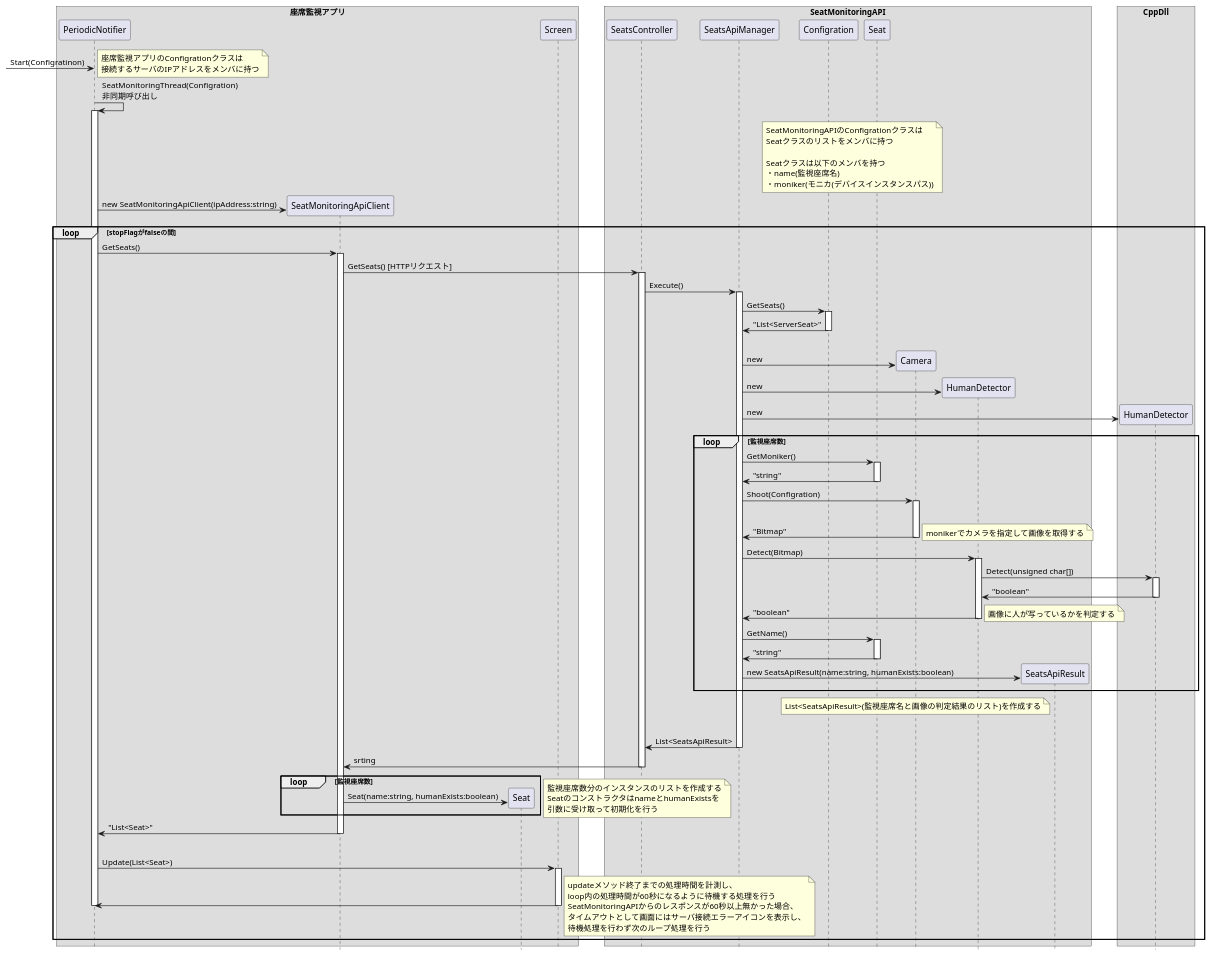
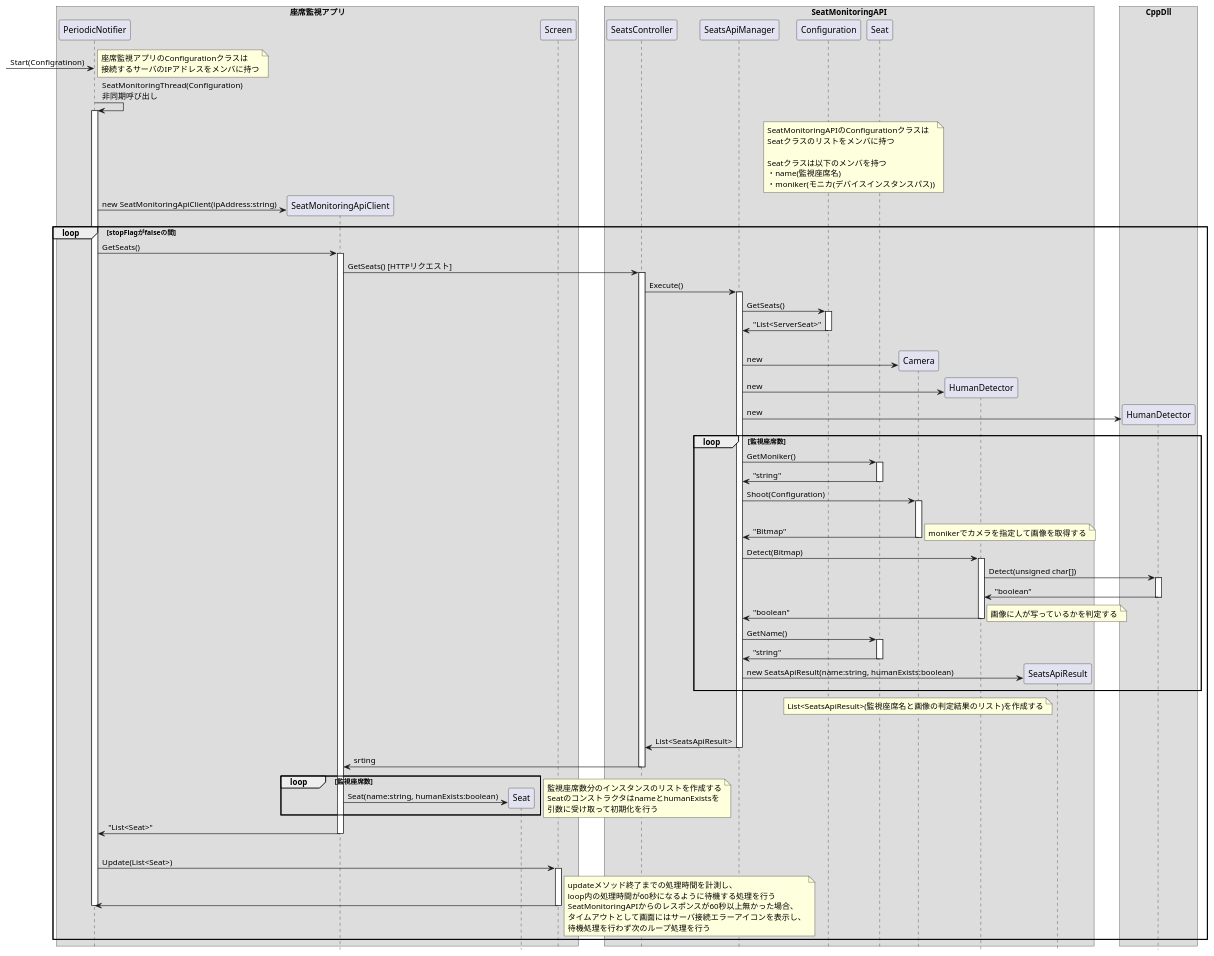
Before and after one commit to KeisukeSugita/Seat-monitoring-system: the diagram in doc/詳細設計/構成図(.pu)/座席状態確認シーケンス図2.pu, drawn with PlantUML. The commit also changed 3 other files, not shown here.

```diff
--- a/doc/詳細設計/構成図(.pu)/座席状態確認シーケンス図2.pu
+++ b/doc/詳細設計/構成図(.pu)/座席状態確認シーケンス図2.pu
@@ -1,146 +1,146 @@
 @startuml 座席状態確認シーケンス図2
 hide footbox
 skinparam BoxPadding 20
 
 box "座席監視アプリ"
 	participant PeriodicNotifier
 	participant SeatMonitoringApiClient
 	participant "Seat" as ClientSeat
 	participant Screen
 end box
 
 box "SeatMonitoringAPI"
 	participant SeatsController
 	participant SeatsApiManager
-	participant Configration
+	participant Configuration
 	participant "Seat" as ServerSeat
 	participant Camera
 	participant "HumanDetector" as CsHumanDetector
 	participant SeatsApiResult
 end box
 
 box "CppDll"
 	participant "HumanDetector" as CppHumanDetector
 end box
 
 -> PeriodicNotifier :Start(Configratinon)
 note right
-	座席監視アプリのConfigrationクラスは
+	座席監視アプリのConfigurationクラスは
 	接続するサーバのIPアドレスをメンバに持つ
 end note
 
-PeriodicNotifier -> PeriodicNotifier : SeatMonitoringThread(Configration)\n非同期呼び出し
+PeriodicNotifier -> PeriodicNotifier : SeatMonitoringThread(Configuration)\n非同期呼び出し
 activate PeriodicNotifier
 
-note over Configration, ServerSeat
-	SeatMonitoringAPIのConfigrationクラスは
+note over Configuration, ServerSeat
+	SeatMonitoringAPIのConfigurationクラスは
 	Seatクラスのリストをメンバに持つ
 
 	Seatクラスは以下のメンバを持つ
 	・name(監視座席名)
 	・moniker(モニカ(デバイスインスタンスパス))
 end note
 
 create SeatMonitoringApiClient
 PeriodicNotifier -> SeatMonitoringApiClient :new SeatMonitoringApiClient(ipAddress:string)
 
 loop stopFlagがfalseの間
 	PeriodicNotifier -> SeatMonitoringApiClient : GetSeats()
 	activate SeatMonitoringApiClient
 
 	SeatMonitoringApiClient -> SeatsController : GetSeats() [HTTPリクエスト]
 	activate SeatsController
 
 	SeatsController -> SeatsApiManager :Execute()
 	activate SeatsApiManager
 
-	SeatsApiManager -> Configration :GetSeats()
-	activate Configration
-	SeatsApiManager <- Configration :"List<ServerSeat>"
-	deactivate Configration
+	SeatsApiManager -> Configuration :GetSeats()
+	activate Configuration
+	SeatsApiManager <- Configuration :"List<ServerSeat>"
+	deactivate Configuration
 
 	|||
 	create Camera
 	SeatsApiManager -> Camera : new
 
 	create CsHumanDetector
 	SeatsApiManager -> CsHumanDetector :new
 
 	create CppHumanDetector
 	SeatsApiManager -> CppHumanDetector :new
 
 
 	loop 監視座席数
 		SeatsApiManager -> ServerSeat :GetMoniker()
 		activate ServerSeat
 		SeatsApiManager <- ServerSeat :"string"
 		deactivate ServerSeat
-		SeatsApiManager -> Camera : Shoot(Configration)
+		SeatsApiManager -> Camera : Shoot(Configuration)
 		activate Camera
 		|||
 		SeatsApiManager <- 	Camera :"Bitmap"
 		deactivate Camera
 		note right
 			monikerでカメラを指定して画像を取得する
 		end note
 
 		SeatsApiManager -> CsHumanDetector :Detect(Bitmap)
 		activate CsHumanDetector
 		CsHumanDetector -> CppHumanDetector : Detect(unsigned char[])
 		activate CppHumanDetector
 		CsHumanDetector <- CppHumanDetector : "boolean"
 		deactivate CppHumanDetector
 		SeatsApiManager <- CsHumanDetector :"boolean"
 		deactivate CsHumanDetector
 		note right
 			画像に人が写っているかを判定する
 		end note
 
 		SeatsApiManager -> ServerSeat :GetName()
 		activate ServerSeat
 		SeatsApiManager <- ServerSeat :"string"
 		deactivate ServerSeat
 		
 		create SeatsApiResult
 		SeatsApiManager -> SeatsApiResult :new SeatsApiResult(name:string, humanExists:boolean)
 		
 	end
 	note over Camera
 		List<SeatsApiResult>(監視座席名と画像の判定結果のリスト)を作成する
 	end note
 	|||
 
 	SeatsController <- SeatsApiManager : List<SeatsApiResult>
 	deactivate SeatsApiManager
 
 	SeatMonitoringApiClient <- SeatsController :srting
 	deactivate SeatsController
 
 	loop 監視座席数
 		create ClientSeat
 		SeatMonitoringApiClient -> ClientSeat :Seat(name:string, humanExists:boolean)
 	end
 	note right
 		監視座席数分のインスタンスのリストを作成する
 		SeatのコンストラクタはnameとhumanExistsを
 		引数に受け取って初期化を行う
 	end note
 
 	PeriodicNotifier <- SeatMonitoringApiClient : "List<Seat>"
 	deactivate SeatMonitoringApiClient
 	|||
 	PeriodicNotifier -> Screen : Update(List<Seat>)
 	activate Screen
 	PeriodicNotifier <- Screen
 	deactivate Screen
 	deactivate PeriodicNotifier
 	note right
 		updateメソッド終了までの処理時間を計測し、
 		loop内の処理時間が60秒になるように待機する処理を行う
 		SeatMonitoringAPIからのレスポンスが60秒以上無かった場合、
 		タイムアウトとして画面にはサーバ接続エラーアイコンを表示し、
 		待機処理を行わず次のループ処理を行う
 	end note
 end
 
 @enduml
```
